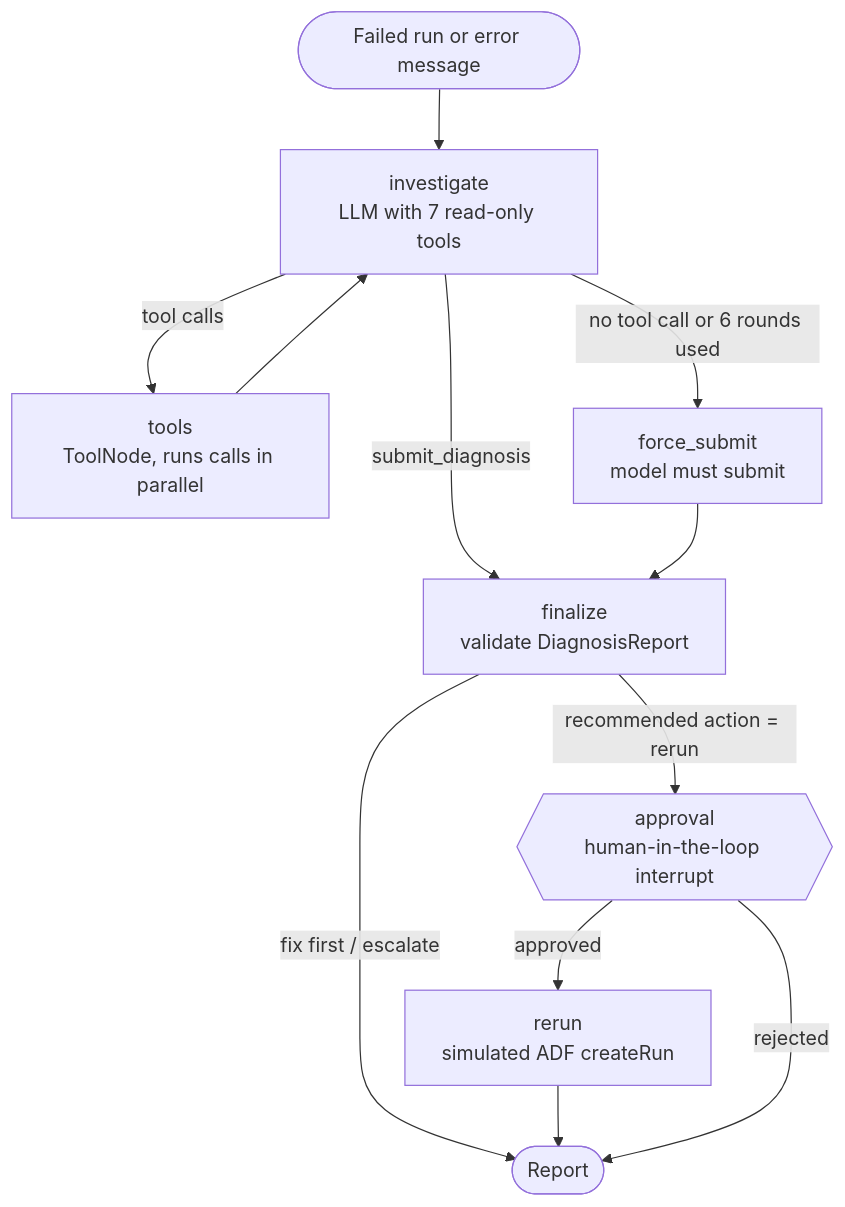
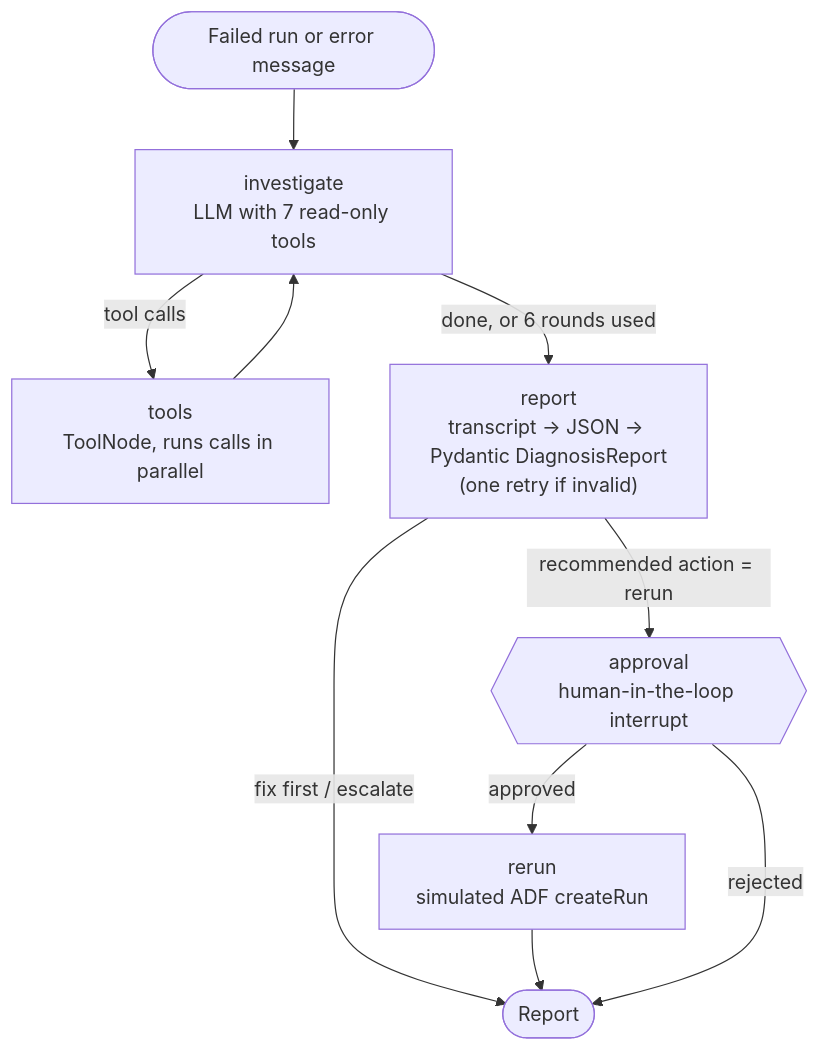
The diagram in README.md (piyush60629/Pipeline-Incident-Agent), drawn with Mermaid before and after one commit. The commit also changed other lines of this file and 9 other files, not shown here.

First line of the commit message:
Split the agent into investigate and report phases

````diff
--- a/README.md
+++ b/README.md
@@ -23,13 +23,11 @@
 ```mermaid
 flowchart TD
     start([Failed run or error message]) --> investigate
     investigate["investigate<br/>LLM with 7 read-only tools"] -->|tool calls| tools["tools<br/>ToolNode, runs calls in parallel"]
     tools --> investigate
-    investigate -->|submit_diagnosis| finalize["finalize<br/>validate DiagnosisReport"]
-    investigate -->|no tool call or 6 rounds used| force["force_submit<br/>model must submit"]
-    force --> finalize
-    finalize -->|recommended action = rerun| approval{{"approval<br/>human-in-the-loop interrupt"}}
-    finalize -->|fix first / escalate| done([Report])
+    investigate -->|"done, or 6 rounds used"| report["report<br/>transcript → JSON → Pydantic DiagnosisReport<br/>(one retry if invalid)"]
+    report -->|recommended action = rerun| approval{{"approval<br/>human-in-the-loop interrupt"}}
+    report -->|fix first / escalate| done([Report])
     approval -->|approved| rerun["rerun<br/>simulated ADF createRun"] --> done
     approval -->|rejected| done
 ```
````
